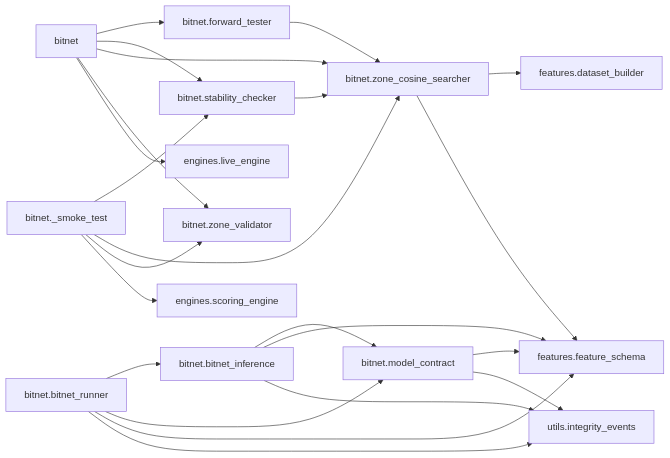
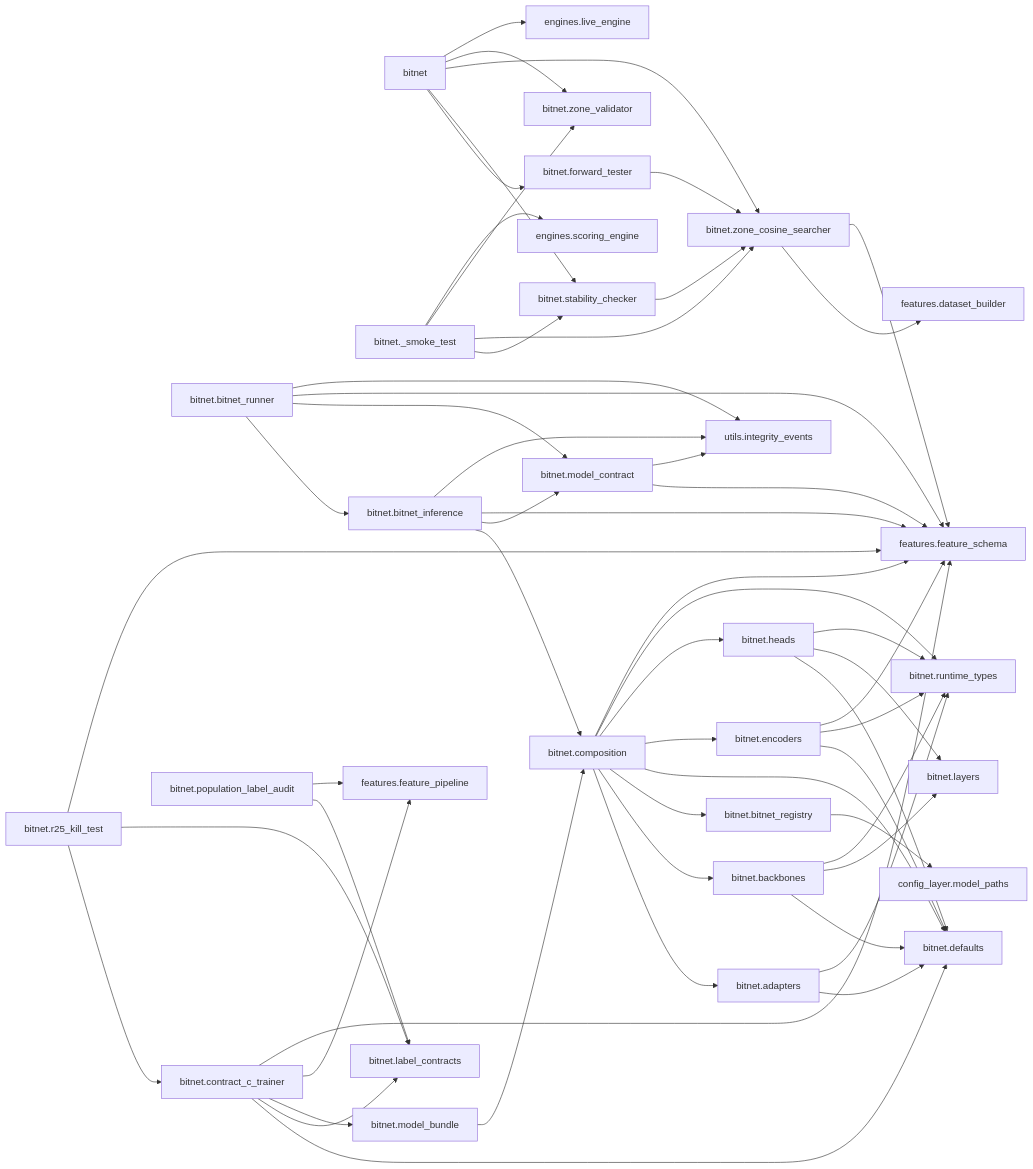
Before and after one commit to Chaithu1995-0312/TradeHlt: the fourth of 38 diagrams in docs/architecture/code-map.generated.md, drawn with Mermaid. The commit also changed other lines of this file and 159 other files, not shown here.

```diff
--- a/docs/architecture/code-map.generated.md
+++ b/docs/architecture/code-map.generated.md
@@ -272,16 +317,32 @@
 flowchart LR
     bitnet["bitnet"]
     bitnet__smoke_test["bitnet._smoke_test"]
+    bitnet_adapters["bitnet.adapters"]
+    bitnet_backbones["bitnet.backbones"]
     bitnet_bitnet_inference["bitnet.bitnet_inference"]
+    bitnet_bitnet_registry["bitnet.bitnet_registry"]
     bitnet_bitnet_runner["bitnet.bitnet_runner"]
+    bitnet_composition["bitnet.composition"]
+    bitnet_contract_c_trainer["bitnet.contract_c_trainer"]
+    bitnet_defaults["bitnet.defaults"]
+    bitnet_encoders["bitnet.encoders"]
     bitnet_forward_tester["bitnet.forward_tester"]
+    bitnet_heads["bitnet.heads"]
+    bitnet_label_contracts["bitnet.label_contracts"]
+    bitnet_layers["bitnet.layers"]
+    bitnet_model_bundle["bitnet.model_bundle"]
     bitnet_model_contract["bitnet.model_contract"]
+    bitnet_population_label_audit["bitnet.population_label_audit"]
+    bitnet_r25_kill_test["bitnet.r25_kill_test"]
+    bitnet_runtime_types["bitnet.runtime_types"]
     bitnet_stability_checker["bitnet.stability_checker"]
     bitnet_zone_cosine_searcher["bitnet.zone_cosine_searcher"]
     bitnet_zone_validator["bitnet.zone_validator"]
+    config_layer_model_paths["config_layer.model_paths"]
     engines_live_engine["engines.live_engine"]
     engines_scoring_engine["engines.scoring_engine"]
     features_dataset_builder["features.dataset_builder"]
+    features_feature_pipeline["features.feature_pipeline"]
     features_feature_schema["features.feature_schema"]
     utils_integrity_events["utils.integrity_events"]
     bitnet --> bitnet_forward_tester
@@ -293,16 +354,48 @@
     bitnet__smoke_test --> bitnet_zone_cosine_searcher
     bitnet__smoke_test --> bitnet_zone_validator
     bitnet__smoke_test --> engines_scoring_engine
+    bitnet_adapters --> bitnet_defaults
+    bitnet_adapters --> bitnet_runtime_types
+    bitnet_backbones --> bitnet_defaults
+    bitnet_backbones --> bitnet_layers
+    bitnet_backbones --> bitnet_runtime_types
+    bitnet_bitnet_inference --> bitnet_composition
     bitnet_bitnet_inference --> bitnet_model_contract
     bitnet_bitnet_inference --> features_feature_schema
     bitnet_bitnet_inference --> utils_integrity_events
+    bitnet_bitnet_registry --> config_layer_model_paths
     bitnet_bitnet_runner --> bitnet_bitnet_inference
     bitnet_bitnet_runner --> bitnet_model_contract
     bitnet_bitnet_runner --> features_feature_schema
     bitnet_bitnet_runner --> utils_integrity_events
+    bitnet_composition --> bitnet_adapters
+    bitnet_composition --> bitnet_backbones
+    bitnet_composition --> bitnet_bitnet_registry
+    bitnet_composition --> bitnet_defaults
+    bitnet_composition --> bitnet_encoders
+    bitnet_composition --> bitnet_heads
+    bitnet_composition --> bitnet_runtime_types
+    bitnet_composition --> features_feature_schema
+    bitnet_contract_c_trainer --> bitnet_defaults
+    bitnet_contract_c_trainer --> bitnet_label_contracts
+    bitnet_contract_c_trainer --> bitnet_model_bundle
+    bitnet_contract_c_trainer --> features_feature_pipeline
+    bitnet_contract_c_trainer --> features_feature_schema
+    bitnet_encoders --> bitnet_defaults
+    bitnet_encoders --> bitnet_runtime_types
+    bitnet_encoders --> features_feature_schema
     bitnet_forward_tester --> bitnet_zone_cosine_searcher
+    bitnet_heads --> bitnet_defaults
+    bitnet_heads --> bitnet_layers
+    bitnet_heads --> bitnet_runtime_types
+    bitnet_model_bundle --> bitnet_composition
     bitnet_model_contract --> features_feature_schema
     bitnet_model_contract --> utils_integrity_events
+    bitnet_population_label_audit --> bitnet_label_contracts
+    bitnet_population_label_audit --> features_feature_pipeline
+    bitnet_r25_kill_test --> bitnet_contract_c_trainer
+    bitnet_r25_kill_test --> bitnet_label_contracts
+    bitnet_r25_kill_test --> features_feature_schema
     bitnet_stability_checker --> bitnet_zone_cosine_searcher
     bitnet_zone_cosine_searcher --> features_dataset_builder
     bitnet_zone_cosine_searcher --> features_feature_schema
```
